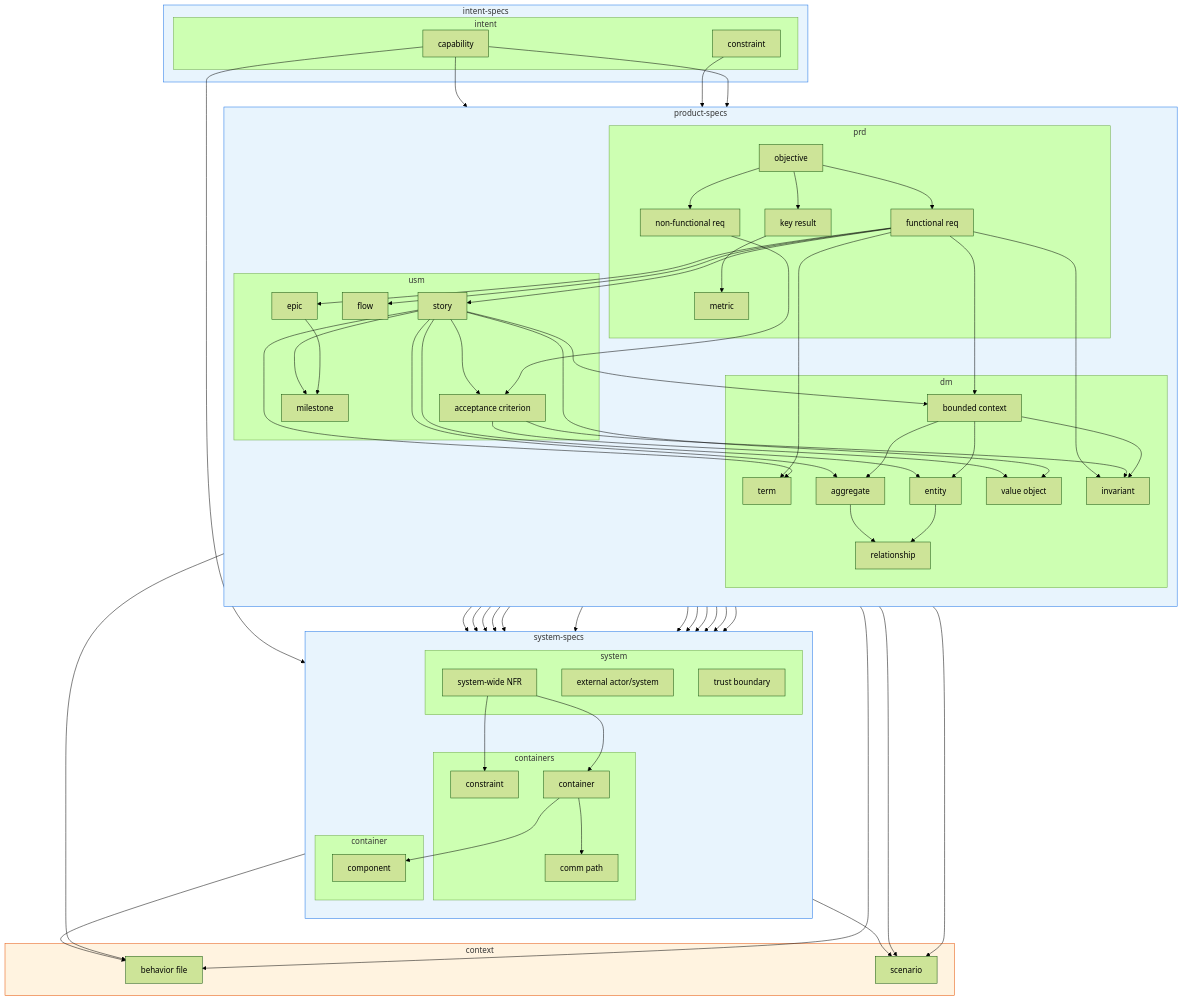
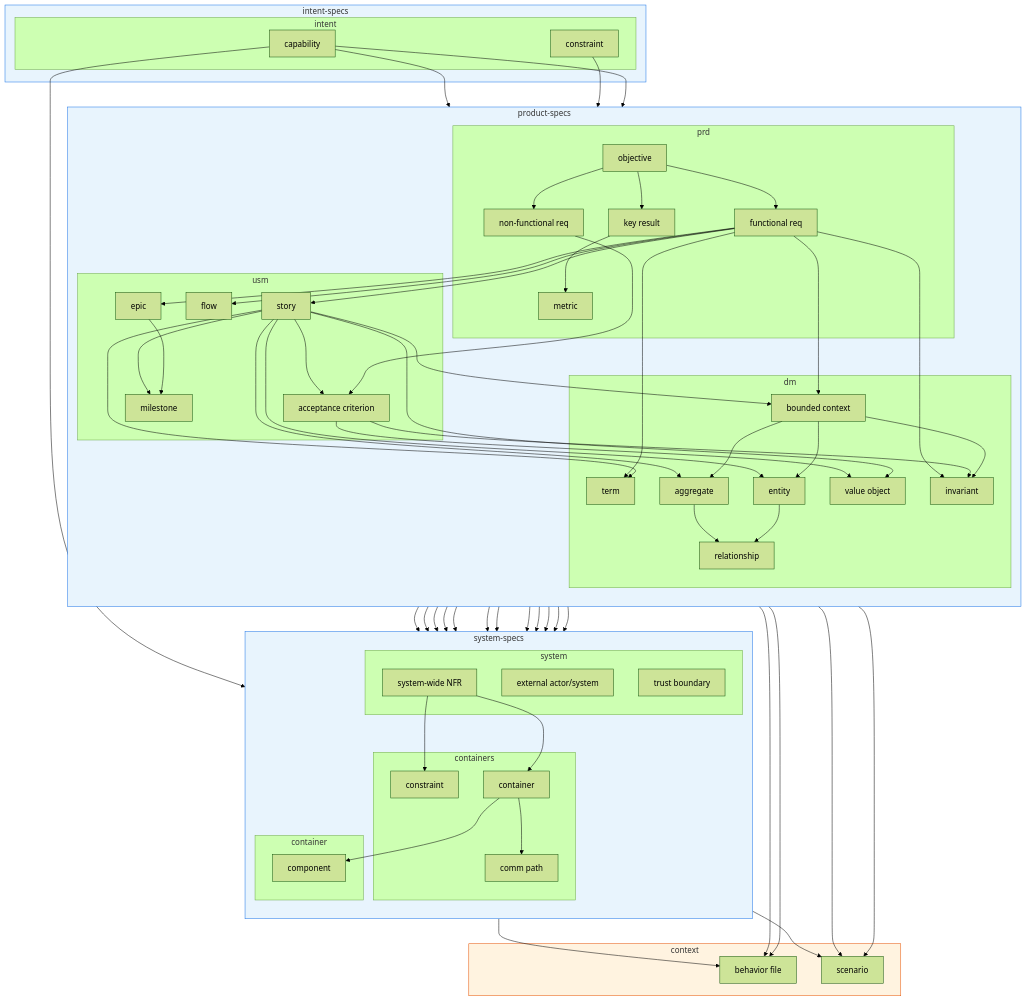
The second of 5 diagrams in v02/vibeloom-methodology.md (dahans-msft2/vibeloom-copilot-cli), drawn with Mermaid (forest theme) before and after one commit. The commit also changed 1 other file, not shown here.

Commit message:
Add Mermaid launch config and refine graph layout

```diff
--- a/v02/vibeloom-methodology.md
+++ b/v02/vibeloom-methodology.md
@@ -442,6 +442,11 @@
         bdd["behavior file"]
         scn["scenario"]
     end
+
+    %% force vertical: tier boxes stacked
+    cst_i ~~~ obj
+    rel ~~~ ext
+    cmp ~~~ bdd
 
     %% force vertical: prd above usm above dm
     nfr ~~~ epic
```
